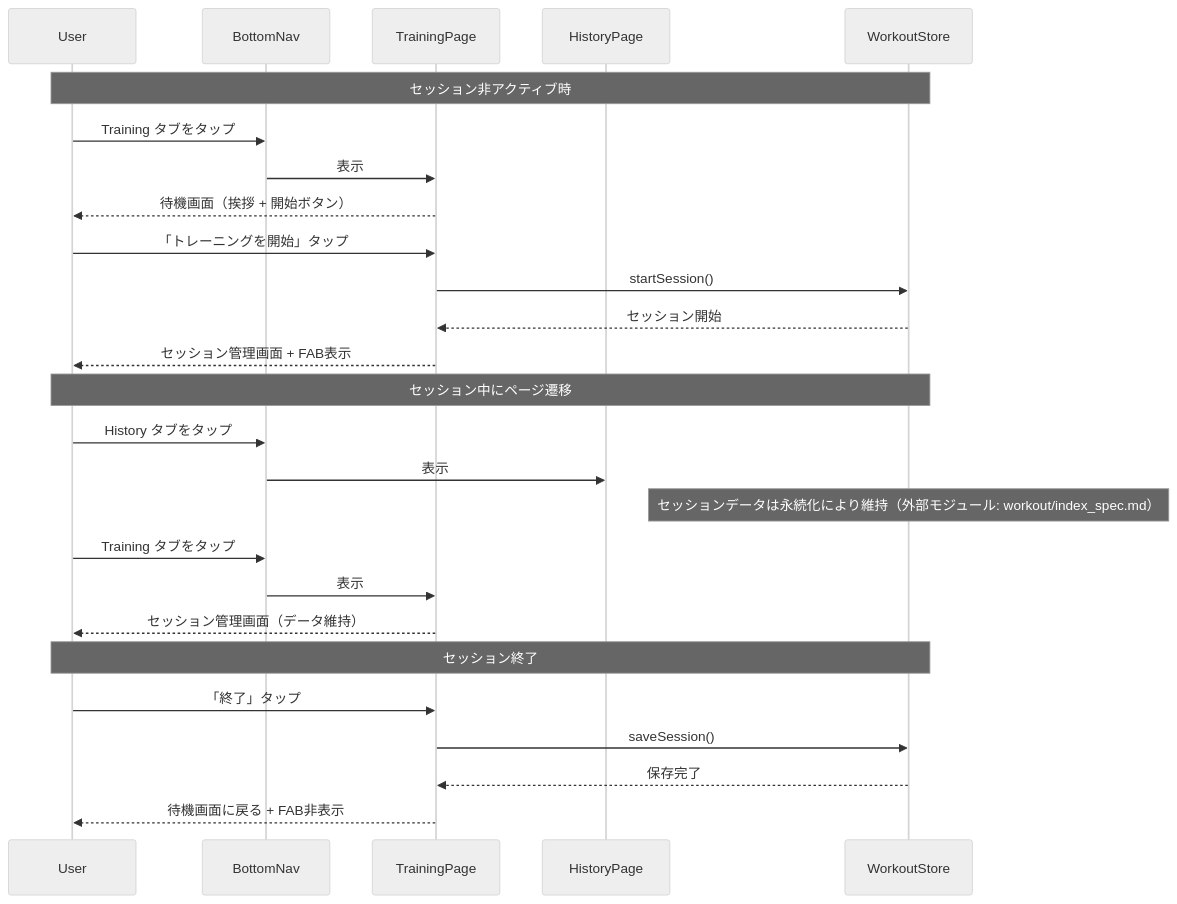
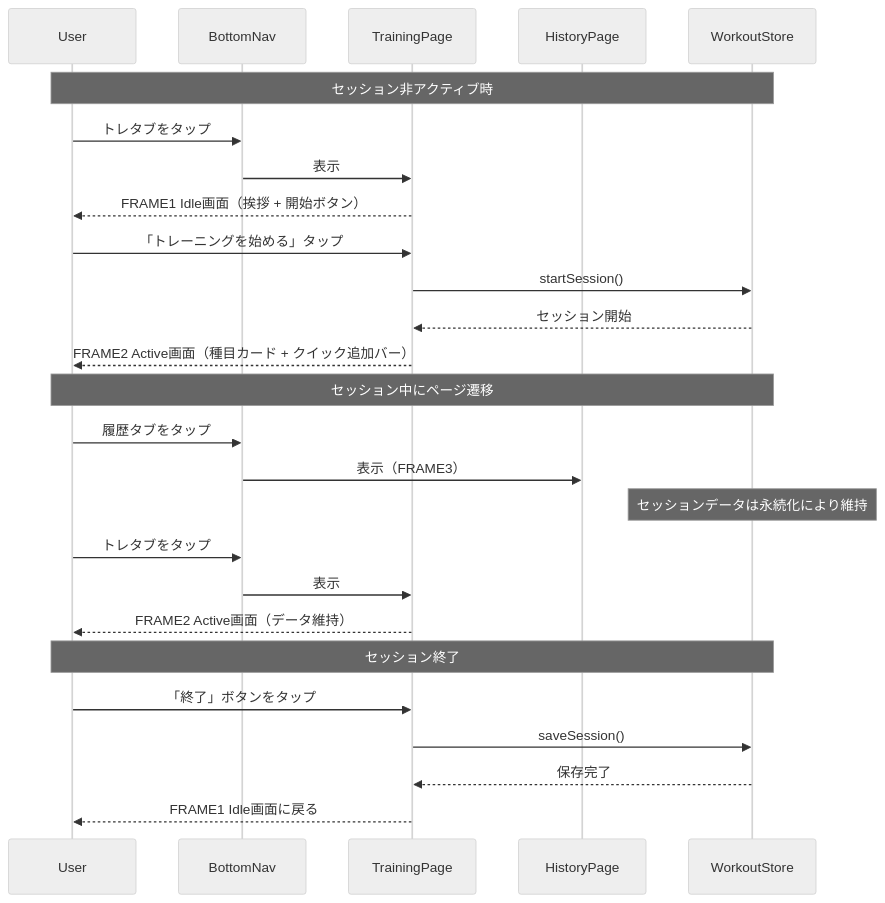
One commit to SakumaTakuya/gymini changed the second of 2 diagrams in .sdd/specification/navigation_spec.md. Above: the diagram before and after it, drawn with Mermaid (neutral theme). The commit also changed other lines of this file and 1 other file, not shown here.

First line of the commit message:
refactor(spec): navigation_spec.mdをPRD準拠で一から書き直し (#12)

````diff
--- a/.sdd/specification/navigation_spec.md
+++ b/.sdd/specification/navigation_spec.md
@@ -174,33 +271,33 @@
 ```mermaid
 sequenceDiagram
     participant User
     participant BottomNav
     participant TrainingPage
     participant HistoryPage
     participant WorkoutStore
 
     Note over User,WorkoutStore: セッション非アクティブ時
-    User->>BottomNav: Training タブをタップ
+    User->>BottomNav: トレタブをタップ
     BottomNav->>TrainingPage: 表示
-    TrainingPage-->>User: 待機画面（挨拶 + 開始ボタン）
+    TrainingPage-->>User: FRAME1 Idle画面（挨拶 + 開始ボタン）
 
-    User->>TrainingPage: 「トレーニングを開始」タップ
+    User->>TrainingPage: 「トレーニングを始める」タップ
     TrainingPage->>WorkoutStore: startSession()
     WorkoutStore-->>TrainingPage: セッション開始
-    TrainingPage-->>User: セッション管理画面 + FAB表示
+    TrainingPage-->>User: FRAME2 Active画面（種目カード + クイック追加バー）
 
     Note over User,WorkoutStore: セッション中にページ遷移
-    User->>BottomNav: History タブをタップ
-    BottomNav->>HistoryPage: 表示
-    Note over WorkoutStore: セッションデータは永続化により維持（外部モジュール: workout/index_spec.md）
+    User->>BottomNav: 履歴タブをタップ
+    BottomNav->>HistoryPage: 表示（FRAME3）
+    Note over WorkoutStore: セッションデータは永続化により維持
 
-    User->>BottomNav: Training タブをタップ
+    User->>BottomNav: トレタブをタップ
     BottomNav->>TrainingPage: 表示
-    TrainingPage-->>User: セッション管理画面（データ維持）
+    TrainingPage-->>User: FRAME2 Active画面（データ維持）
 
     Note over User,WorkoutStore: セッション終了
-    User->>TrainingPage: 「終了」タップ
+    User->>TrainingPage: 「終了」ボタンをタップ
     TrainingPage->>WorkoutStore: saveSession()
     WorkoutStore-->>TrainingPage: 保存完了
-    TrainingPage-->>User: 待機画面に戻る + FAB非表示
+    TrainingPage-->>User: FRAME1 Idle画面に戻る
 ```
````
